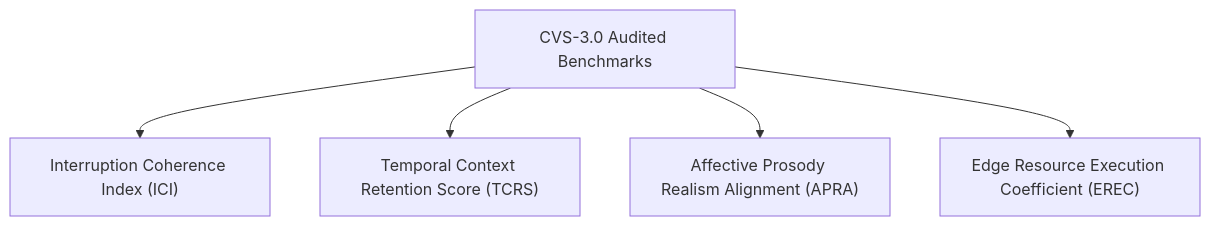
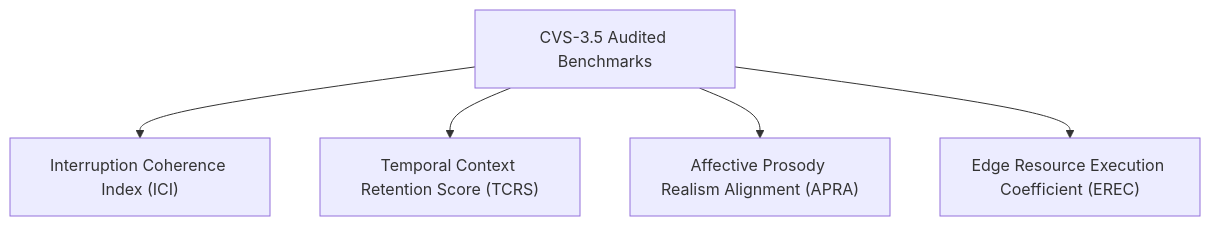
Before and after one commit to Aniket-a14/AI_friend: the second of 2 diagrams in academic_benchmarks/documentation/academic_sota_benchmarks.md, drawn with Mermaid. The commit also changed other lines of this file and 33 other files, not shown here.

````diff
--- a/academic_benchmarks/documentation/academic_sota_benchmarks.md
+++ b/academic_benchmarks/documentation/academic_sota_benchmarks.md
@@ -257,7 +257,7 @@
 ```mermaid
 graph TD
-    A[CVS-3.0 Audited Benchmarks] --> B["Interruption Coherence Index (ICI)"]
+    A[CVS-3.5 Audited Benchmarks] --> B["Interruption Coherence Index (ICI)"]
     A --> C["Temporal Context Retention Score (TCRS)"]
     A --> D["Affective Prosody Realism Alignment (APRA)"]
     A --> E["Edge Resource Execution Coefficient (EREC)"]
 ```
````
